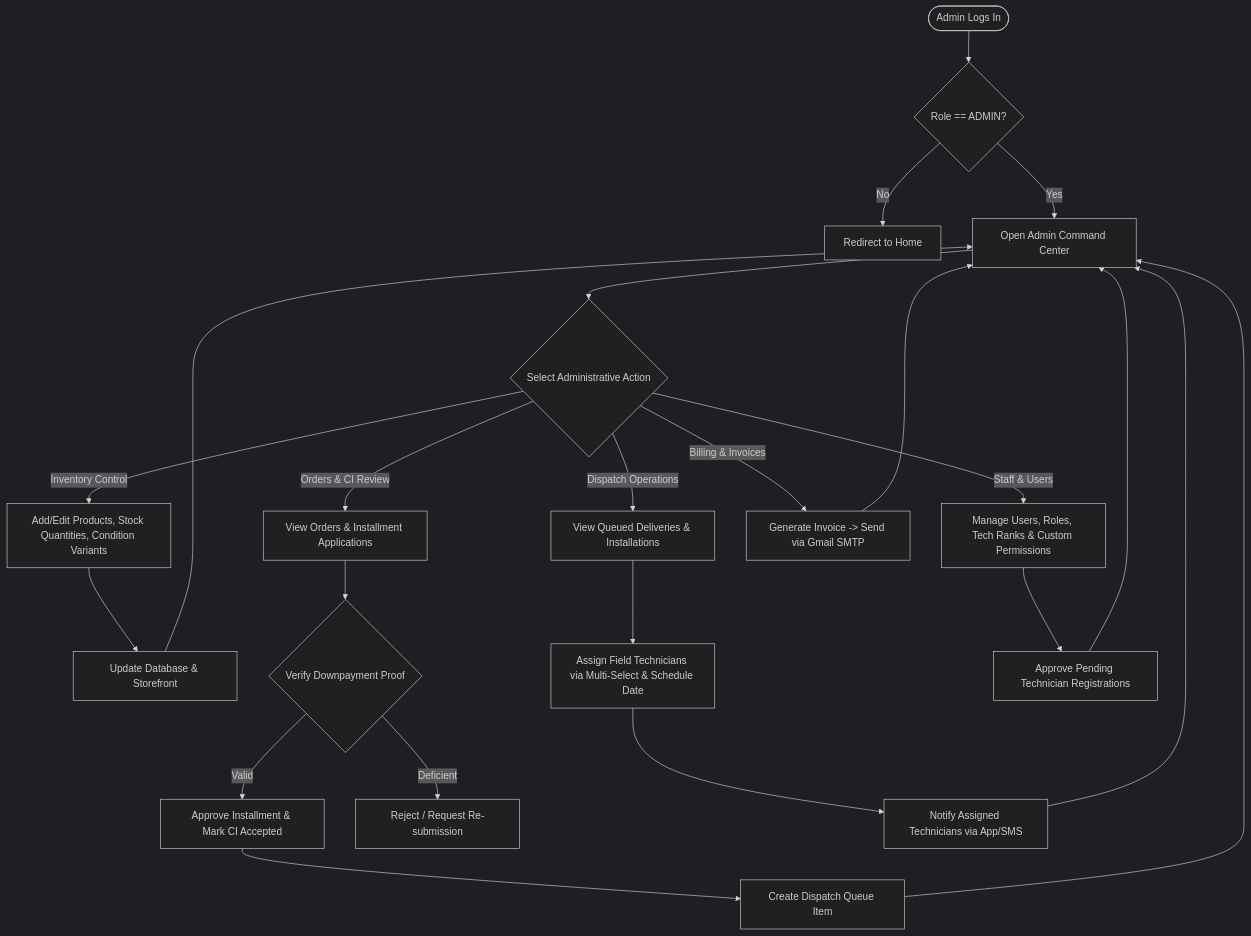
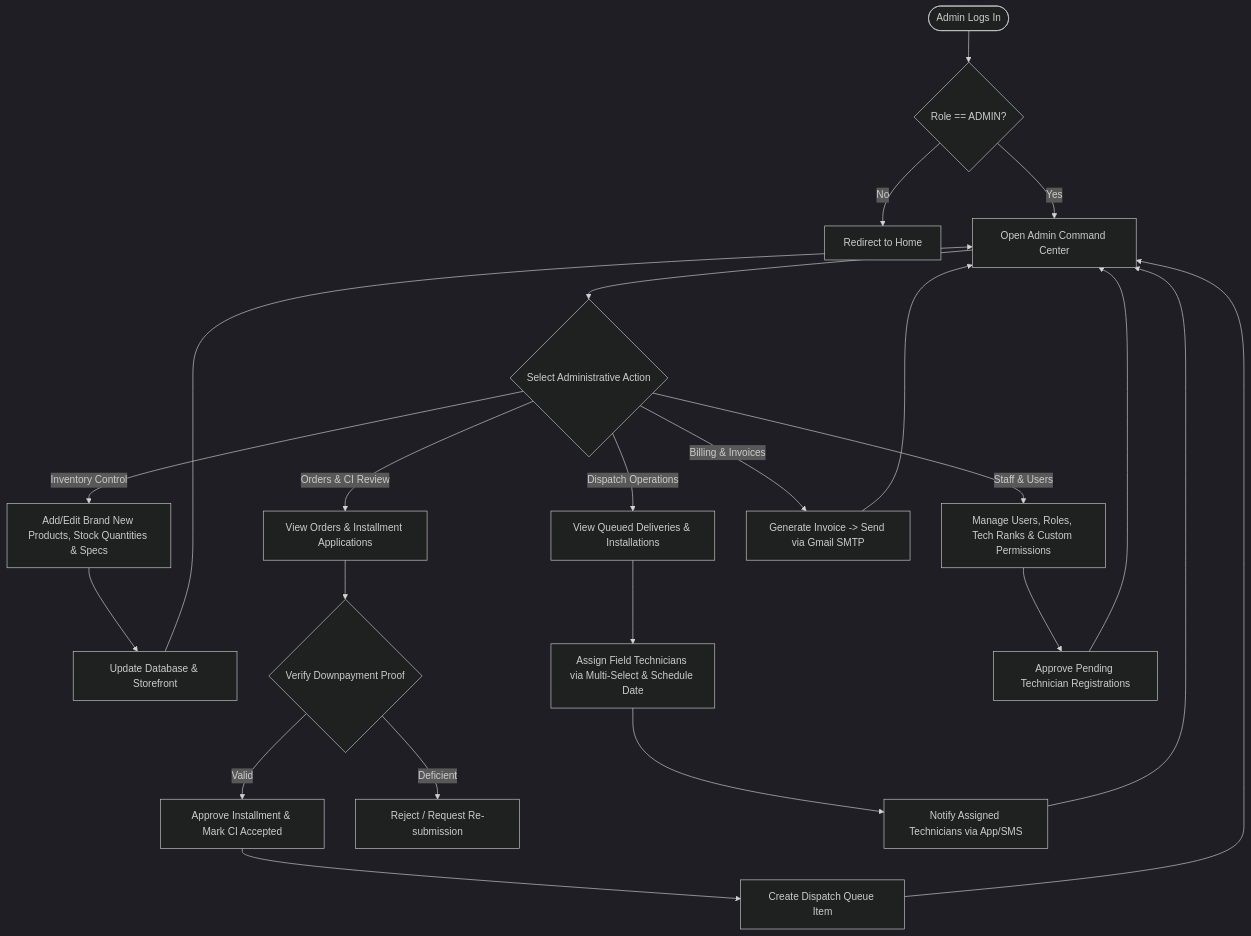
One commit to Cerberus770/FrostTech changed the fifth of 8 diagrams in DIAGRAMS.md. Above: the diagram before and after it, drawn with Mermaid (dark theme). The commit also changed other lines of this file and 1 other file, not shown here.

Commit message:
docs: remove TechRequest and align all inventory descriptions to 100% Brand New units

````diff
--- a/DIAGRAMS.md
+++ b/DIAGRAMS.md
@@ -189,37 +189,37 @@
 ```mermaid
 flowchart TD
     Start([Admin Logs In]) --> AdminGate{Role == ADMIN?}
     AdminGate -- No --> Deny[Redirect to Home]
     AdminGate -- Yes --> AdminPanel[Open Admin Command Center]
 
     AdminPanel --> Actions{Select Administrative Action}
 
     %% Branch 1: Inventory
-    Actions -- Inventory Control --> Inv[Add/Edit Products, Stock Quantities, Condition Variants]
+    Actions -- Inventory Control --> Inv[Add/Edit Brand New Products, Stock Quantities & Specs]
     Inv --> InvDone[Update Database & Storefront]
 
     %% Branch 2: Installments & Orders
     Actions -- Orders & CI Review --> Orders[View Orders & Installment Applications]
     Orders --> ReviewProof{Verify Downpayment Proof}
     ReviewProof -- Valid --> ApproveApp[Approve Installment & Mark CI Accepted]
     ReviewProof -- Deficient --> RejectApp[Reject / Request Re-submission]
     ApproveApp --> QueueDispatch[Create Dispatch Queue Item]
 
     %% Branch 3: Dispatch & Technicians
     Actions -- Dispatch Operations --> DispatchQueue[View Queued Deliveries & Installations]
     DispatchQueue --> AssignTech[Assign Field Technicians via Multi-Select & Schedule Date]
     AssignTech --> NotifyTech[Notify Assigned Technicians via App/SMS]
 
     %% Branch 4: User & Staff Permissions
     Actions -- Staff & Users --> UserMgmt[Manage Users, Roles, Tech Ranks & Custom Permissions]
     UserMgmt --> ApproveTech[Approve Pending Technician Registrations]
 
     %% Branch 5: Invoicing
     Actions -- Billing & Invoices --> GenInvoice[Generate Invoice -> Send via Gmail SMTP]
 
     InvDone --> AdminPanel
     QueueDispatch --> AdminPanel
     NotifyTech --> AdminPanel
     ApproveTech --> AdminPanel
     GenInvoice --> AdminPanel
 ```
````
